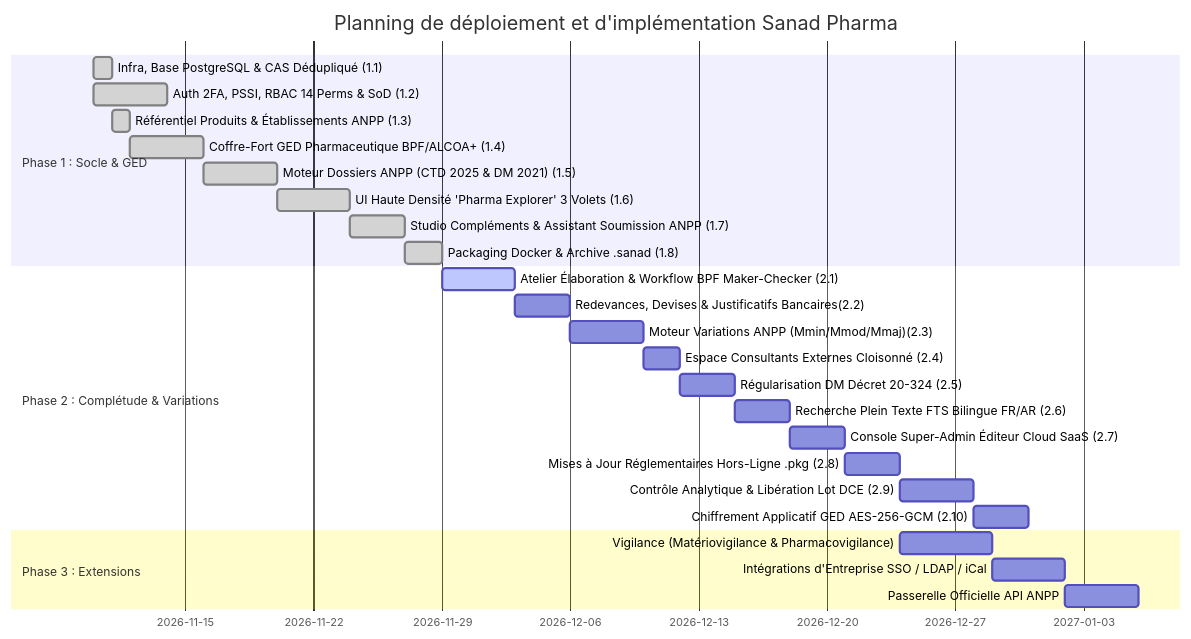
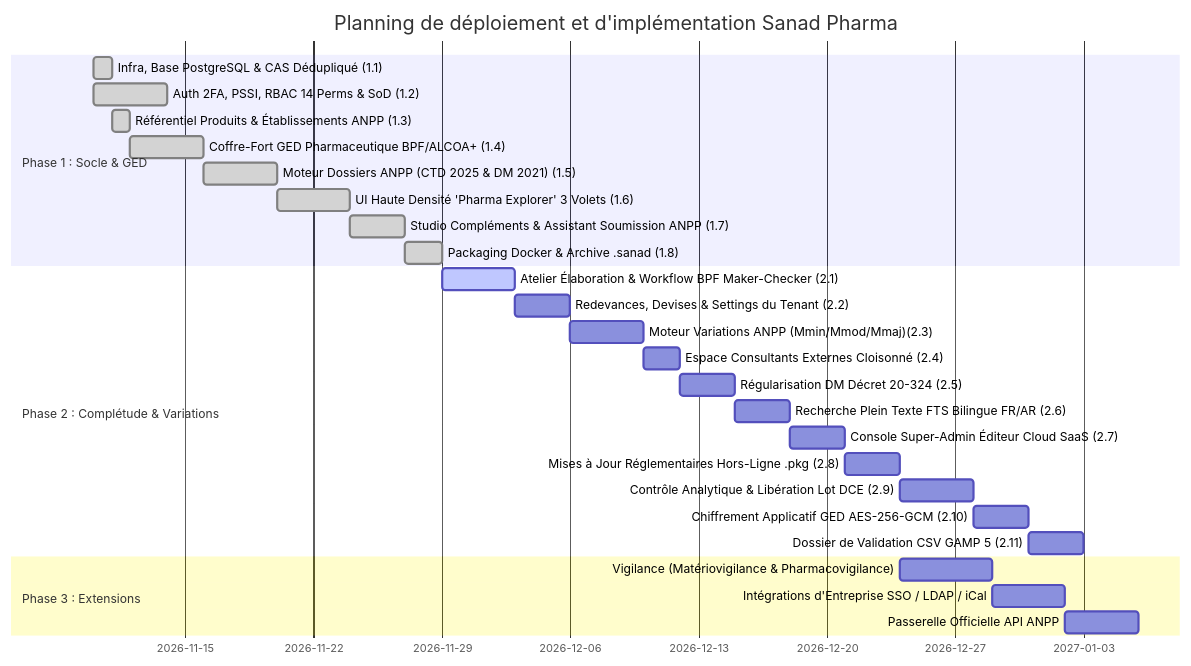
The diagram in docs/roadmap.md (aassr1965/homolog), drawn with Mermaid before and after one commit. The commit also changed other lines of this file, not shown here.

Commit message:
docs(roadmap): harmonize tenant settings, fee schedules, CAS partitioning, CSV/GAMP 5 validation pack, and AI sovereignty

````diff
--- a/docs/roadmap.md
+++ b/docs/roadmap.md
@@ -20,29 +20,30 @@
 ```mermaid
 gantt
     title Planning de déploiement et d'implémentation Sanad Pharma
     dateFormat  YYYY-MM-DD
     section Phase 1 : Socle & GED
     Infra, Base PostgreSQL & CAS Dédupliqué (1.1)    :done, p1_1, 2026-11-10, 1d
     Auth 2FA, PSSI, RBAC 14 Perms & SoD (1.2)        :done, p1_2, 2026-11-10, 4d
     Référentiel Produits & Établissements ANPP (1.3) :done, p1_3, 2026-11-11, 1d
     Coffre-Fort GED Pharmaceutique BPF/ALCOA+ (1.4)  :done, p1_4, after p1_3, 4d
     Moteur Dossiers ANPP (CTD 2025 & DM 2021) (1.5)  :done, p1_5, after p1_4, 4d
     UI Haute Densité 'Pharma Explorer' 3 Volets (1.6):done, p1_6, after p1_5, 4d
     Studio Compléments & Assistant Soumission ANPP (1.7) :done, p1_7, after p1_6, 3d
     Packaging Docker & Archive .sanad (1.8)          :done, p1_8, after p1_7, 2d
     section Phase 2 : Complétude & Variations
     Atelier Élaboration & Workflow BPF Maker-Checker (2.1):active, p2_1, after p1_8, 4d
-    Redevances, Devises & Justificatifs Bancaires(2.2):p2_2, after p2_1, 3d
+    Redevances, Devises & Settings du Tenant (2.2)   :p2_2, after p2_1, 3d
     Moteur Variations ANPP (Mmin/Mmod/Mmaj)(2.3)     :p2_3, after p2_2, 4d
     Espace Consultants Externes Cloisonné (2.4)      :p2_4, after p2_3, 2d
     Régularisation DM Décret 20-324 (2.5)            :p2_5, after p2_4, 3d
     Recherche Plein Texte FTS Bilingue FR/AR (2.6)   :p2_6, after p2_5, 3d
     Console Super-Admin Éditeur Cloud SaaS (2.7)     :p2_7, after p2_6, 3d
     Mises à Jour Réglementaires Hors-Ligne .pkg (2.8):p2_8, after p2_7, 3d
     Contrôle Analytique & Libération Lot DCE (2.9)   :p2_9, after p2_8, 4d
     Chiffrement Applicatif GED AES-256-GCM (2.10)   :p2_10, after p2_9, 3d
+    Dossier de Validation CSV GAMP 5 (2.11)          :p2_11, after p2_10, 3d
     section Phase 3 : Extensions
     Vigilance (Matériovigilance & Pharmacovigilance) :p3_1, after p2_8, 5d
     Intégrations d'Entreprise SSO / LDAP / iCal      :p3_2, after p3_1, 4d
     Passerelle Officielle API ANPP                   :p3_3, after p3_2, 4d
 ```
````
